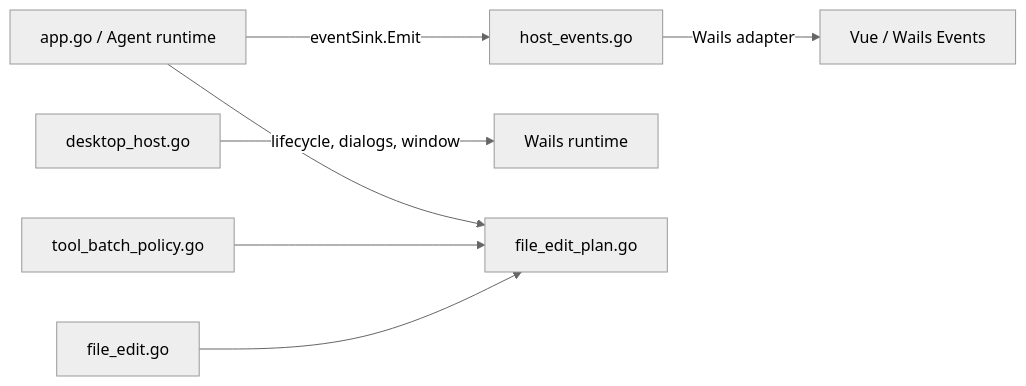
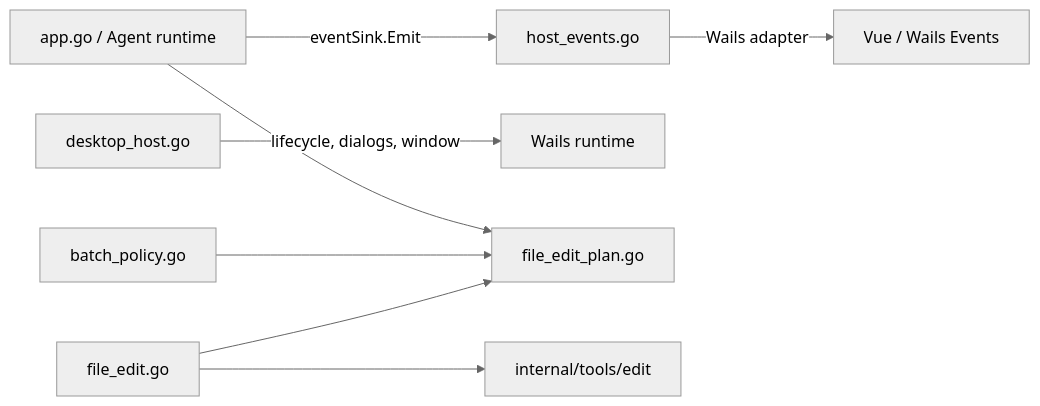
One commit to Bronya0/ally-agent changed the fifth of 5 diagrams in CODEGRAPH.md. Above: the diagram before and after it, drawn with Mermaid (neutral theme). The commit also changed other lines of this file and 92 other files, not shown here.

````diff
--- a/CODEGRAPH.md
+++ b/CODEGRAPH.md
@@ -368,9 +337,10 @@
 ```mermaid
 flowchart LR
     Core[app.go / Agent runtime] -->|eventSink.Emit| EventBoundary[host_events.go]
     EventBoundary -->|Wails adapter| UI[Vue / Wails Events]
     Desktop[desktop_host.go] -->|lifecycle, dialogs, window| Wails[Wails runtime]
     Core --> EditPlan[file_edit_plan.go]
-    BatchPolicy[tool_batch_policy.go] --> EditPlan
+    BatchPolicy[batch_policy.go] --> EditPlan
     EditExecutor[file_edit.go] --> EditPlan
+    EditExecutor --> EditAlgorithms[internal/tools/edit]
 ```
````
